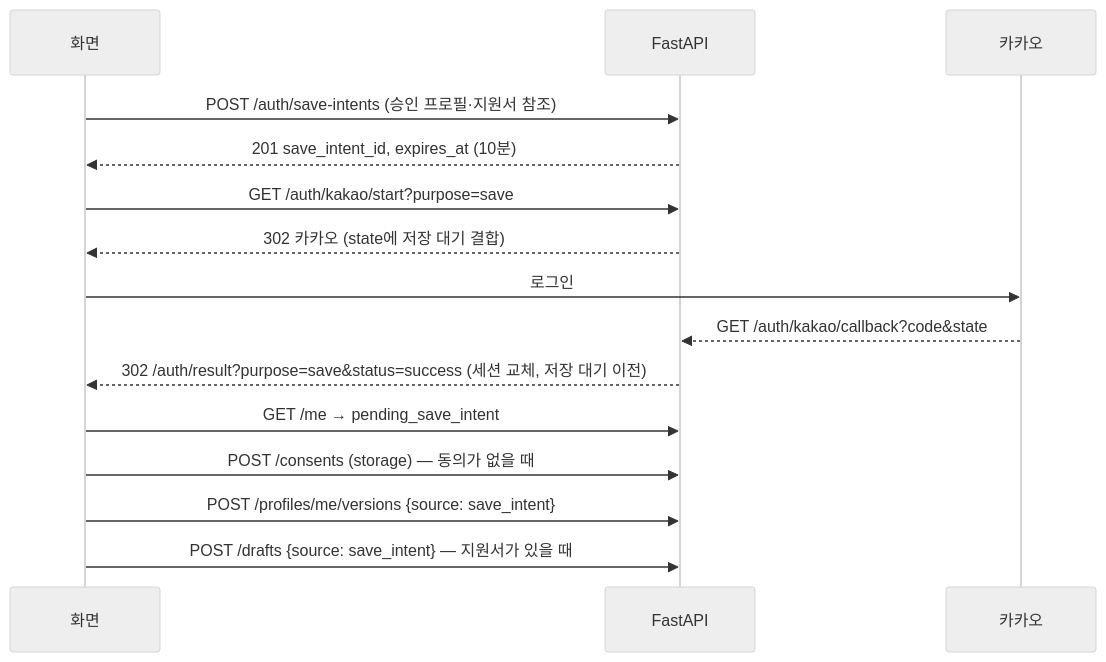
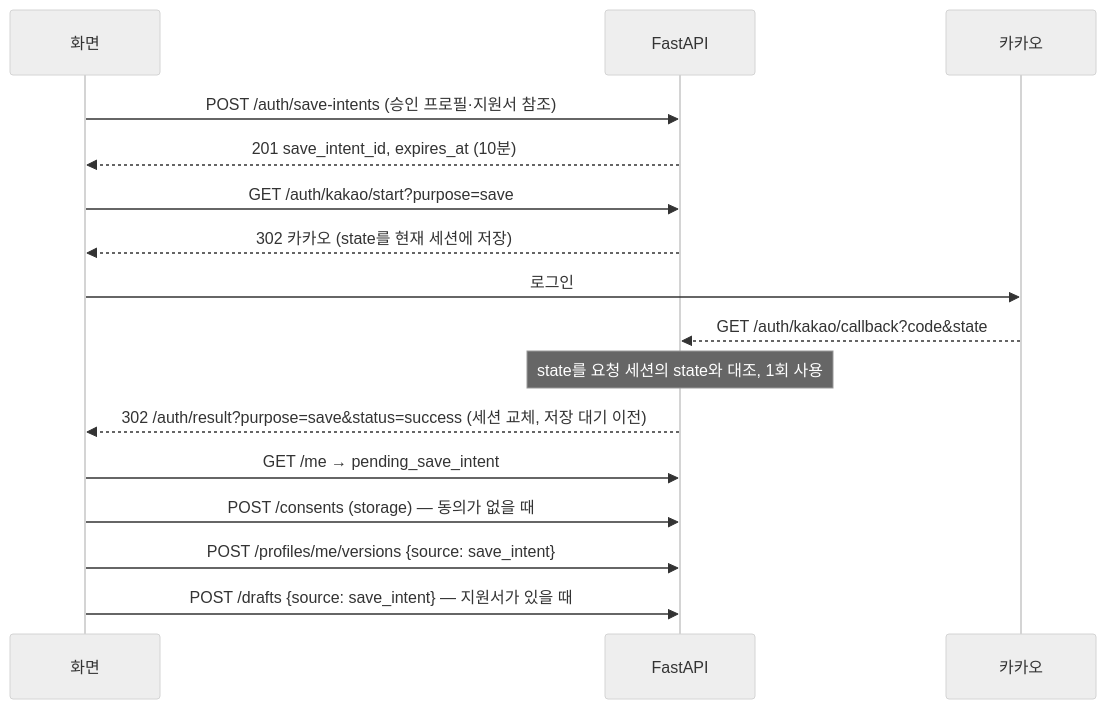
Before and after one commit to YongSamGo/RE_CONNECT: the diagram in docs/api/README.md, drawn with Mermaid (neutral theme). The commit also changed other lines of this file and 3 other files, not shown here.

````diff
--- a/docs/api/README.md
+++ b/docs/api/README.md
@@ -121,17 +124,18 @@
 ```mermaid
 sequenceDiagram
     participant FE as 화면
     participant API as FastAPI
     participant K as 카카오
     FE->>API: POST /auth/save-intents (승인 프로필·지원서 참조)
     API-->>FE: 201 save_intent_id, expires_at (10분)
     FE->>API: GET /auth/kakao/start?purpose=save
-    API-->>FE: 302 카카오 (state에 저장 대기 결합)
+    API-->>FE: 302 카카오 (state를 현재 세션에 저장)
     FE->>K: 로그인
     K-->>API: GET /auth/kakao/callback?code&state
+    Note over API: state를 요청 세션의 state와 대조, 1회 사용
     API-->>FE: 302 /auth/result?purpose=save&status=success (세션 교체, 저장 대기 이전)
     FE->>API: GET /me → pending_save_intent
     FE->>API: POST /consents (storage) — 동의가 없을 때
     FE->>API: POST /profiles/me/versions {source: save_intent}
     FE->>API: POST /drafts {source: save_intent} — 지원서가 있을 때
 ```
````
